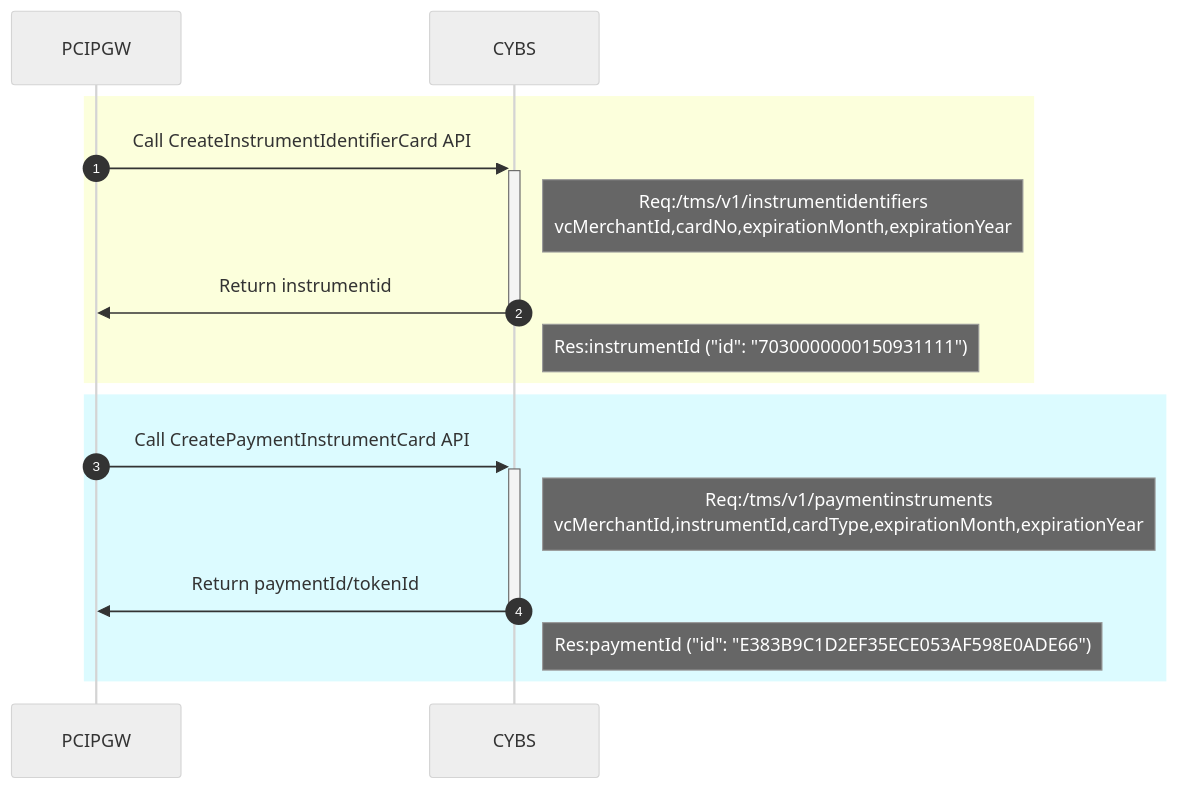
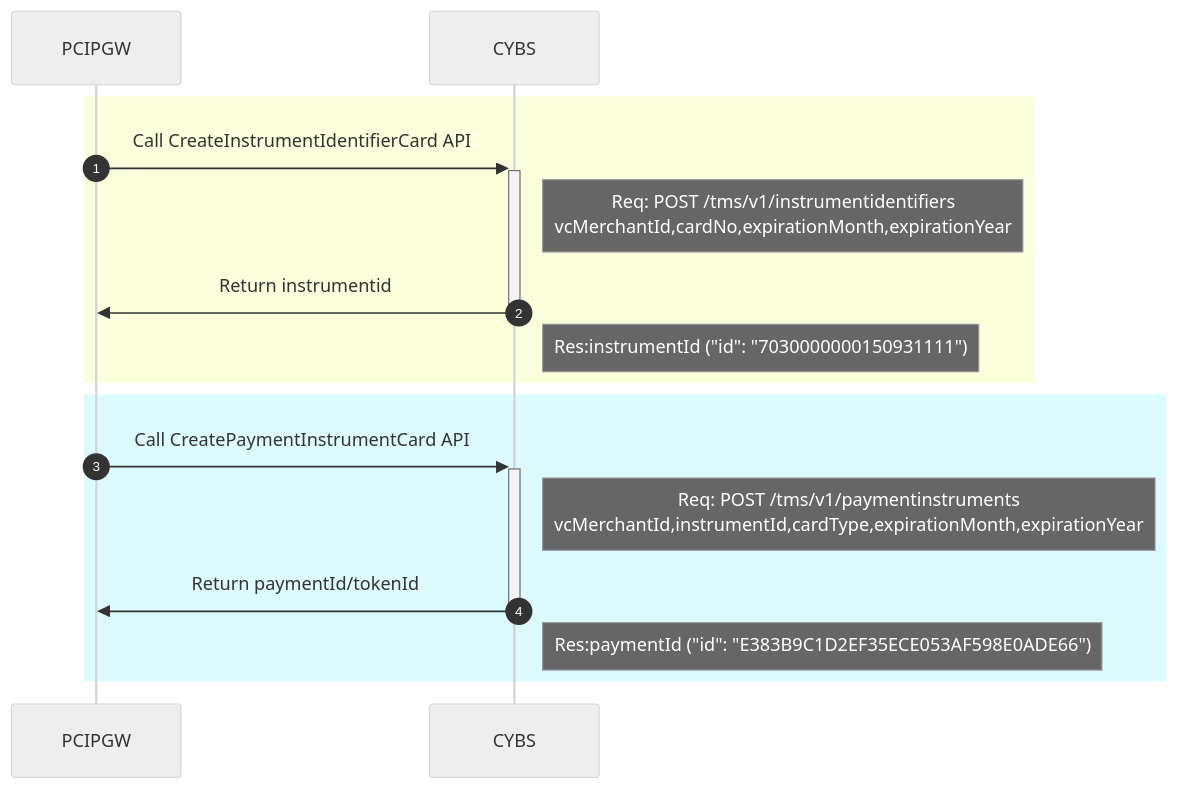
One commit to yuusuke25/MyNotes changed the first of 8 diagrams in Cybs-Ph2-Flow3.md. Above: the diagram before and after it, drawn with Mermaid (neutral theme). The commit also changed other lines of this file, not shown here.

````diff
--- a/Cybs-Ph2-Flow3.md
+++ b/Cybs-Ph2-Flow3.md
@@ -2,16 +2,16 @@
 ```mermaid
     sequenceDiagram
     autonumber
         rect rgb(252, 255, 220)
             PCIPGW->>+CYBS:Call CreateInstrumentIdentifierCard API
-            Note right of CYBS: Req:/tms/v1/instrumentidentifiers<br>vcMerchantId,cardNo,expirationMonth,expirationYear
+            Note right of CYBS: Req: POST /tms/v1/instrumentidentifiers<br>vcMerchantId,cardNo,expirationMonth,expirationYear
             CYBS->>-PCIPGW:Return instrumentid
             Note right of CYBS: Res:instrumentId ("id": "7030000000150931111")
         end
         rect rgb(220, 251, 255)
             PCIPGW->>+CYBS:Call CreatePaymentInstrumentCard API
-            Note right of CYBS: Req:/tms/v1/paymentinstruments<br>vcMerchantId,instrumentId,cardType,expirationMonth,expirationYear
+            Note right of CYBS: Req: POST /tms/v1/paymentinstruments<br>vcMerchantId,instrumentId,cardType,expirationMonth,expirationYear
             CYBS->>-PCIPGW:Return paymentId/tokenId
             Note right of CYBS: Res:paymentId ("id": "E383B9C1D2EF35ECE053AF598E0ADE66")
         end
 ```
````
